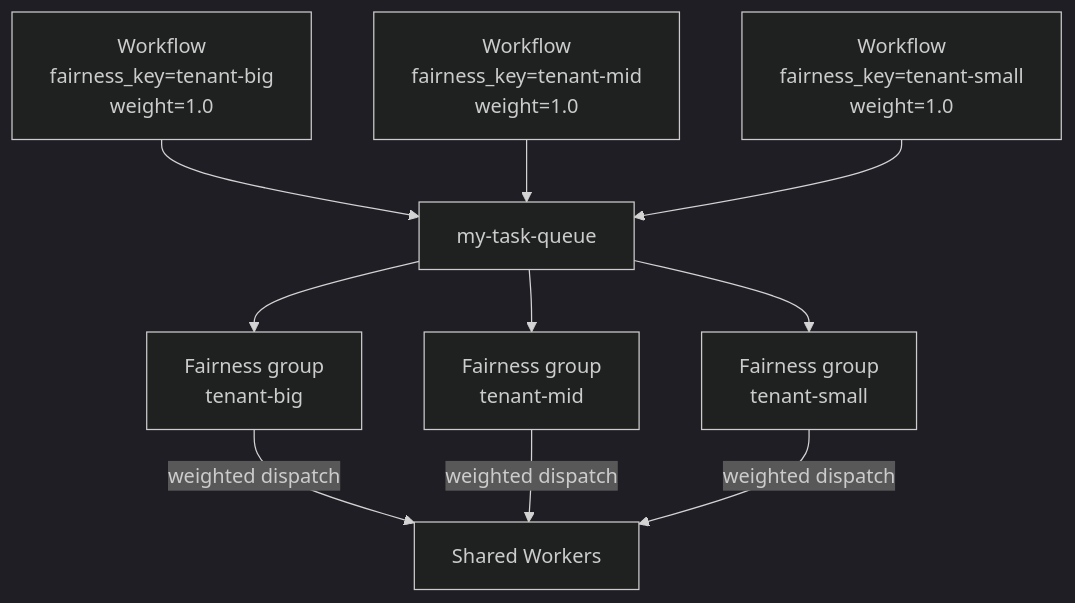
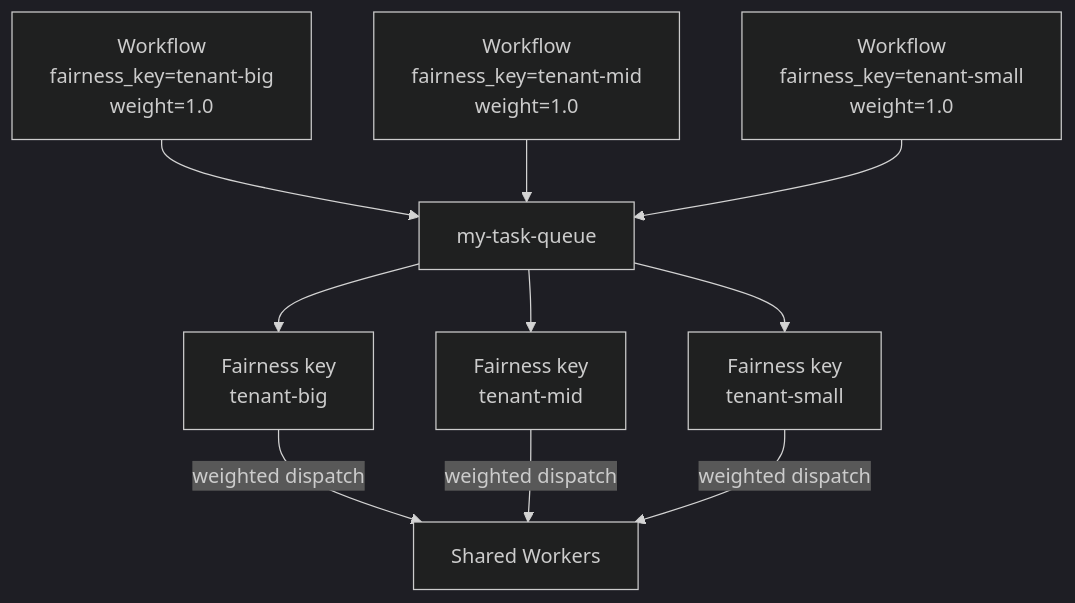
One commit to temporalio/documentation changed the diagram in docs/design-patterns/fairness.mdx. Above: the diagram before and after it, drawn with Mermaid (dark theme).

Commit message:
Label fairness keys in diagram

````diff
--- a/docs/design-patterns/fairness.mdx
+++ b/docs/design-patterns/fairness.mdx
@@ -32,12 +32,12 @@
 ```mermaid
 flowchart TD
     WA["Workflow\nfairness_key=tenant-big\nweight=1.0"] --> TQ["my-task-queue"]
     WB["Workflow\nfairness_key=tenant-mid\nweight=1.0"] --> TQ
     WC["Workflow\nfairness_key=tenant-small\nweight=1.0"] --> TQ
-    TQ --> VQ1["Fairness group\ntenant-big"]
-    TQ --> VQ2["Fairness group\ntenant-mid"]
-    TQ --> VQ3["Fairness group\ntenant-small"]
+    TQ --> VQ1["Fairness key\ntenant-big"]
+    TQ --> VQ2["Fairness key\ntenant-mid"]
+    TQ --> VQ3["Fairness key\ntenant-small"]
     VQ1 -->|weighted dispatch| W["Shared Workers"]
     VQ2 -->|weighted dispatch| W
     VQ3 -->|weighted dispatch| W
 ```
````
